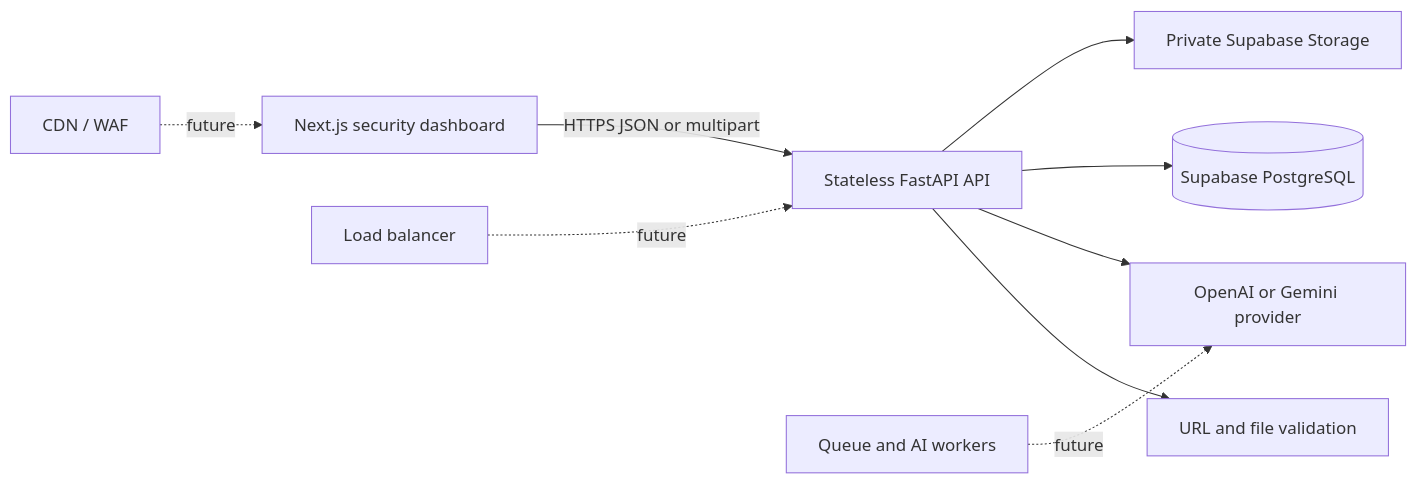
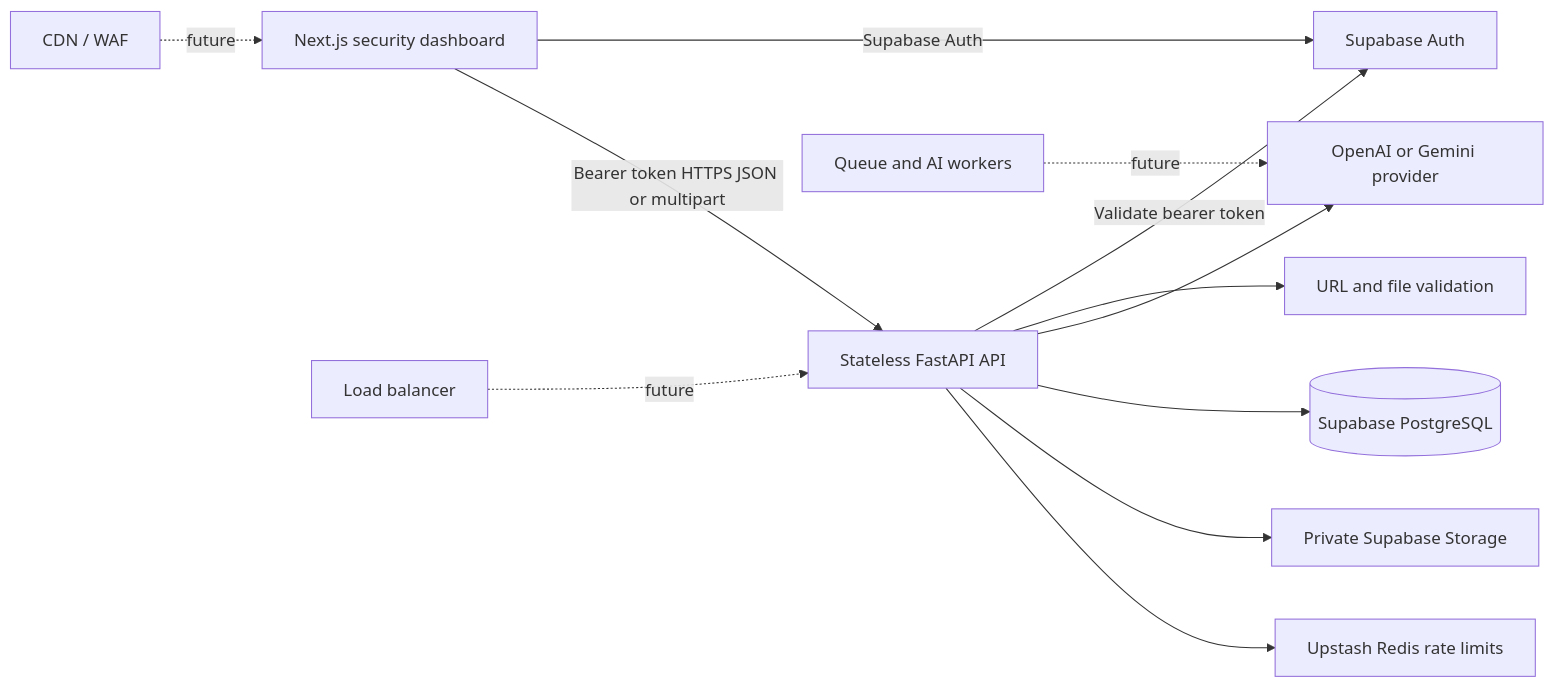
The diagram in README.md (Prathmeshkate09/ScamShield-AI), drawn with Mermaid before and after one commit. The commit also changed other lines of this file and 20 other files, not shown here.

Commit message:
feat: add Supabase authentication dashboard

````diff
--- a/README.md
+++ b/README.md
@@ -24,12 +25,15 @@
 ```mermaid
 flowchart LR
-  Browser[Next.js security dashboard] -->|HTTPS JSON or multipart| API[Stateless FastAPI API]
+  Browser[Next.js security dashboard] -->|Supabase Auth| Auth[Supabase Auth]
+  Browser -->|Bearer token HTTPS JSON or multipart| API[Stateless FastAPI API]
+  API -->|Validate bearer token| Auth
   API --> Signals[URL and file validation]
   API --> AI[OpenAI or Gemini provider]
   API --> DB[(Supabase PostgreSQL)]
   API --> Storage[Private Supabase Storage]
+  API --> Limits[Upstash Redis rate limits]
 
   CDN[CDN / WAF] -. future .-> Browser
   LB[Load balancer] -. future .-> API
   Queue[Queue and AI workers] -. future .-> AI
 ```
````
